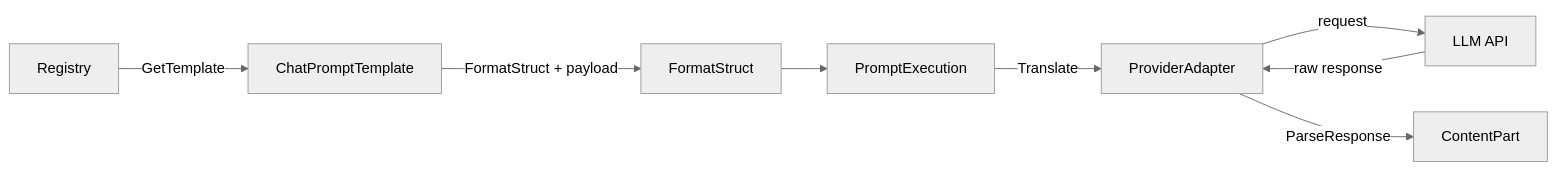
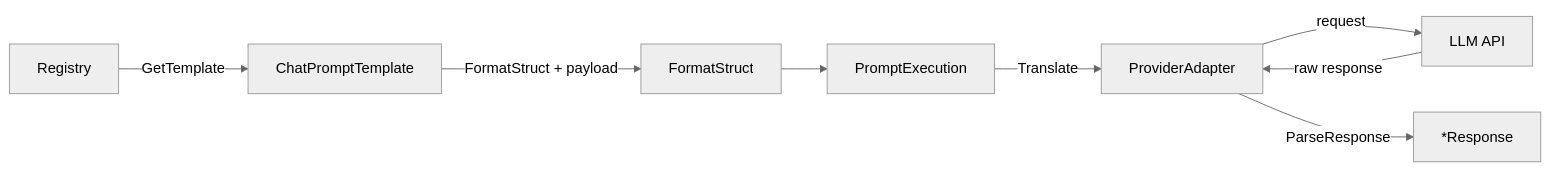
One commit to skosovsky/prompty changed the diagram in README.md. Above: the diagram before and after it, drawn with Mermaid (neutral theme). The commit also changed other lines of this file and 80 other files, not shown here.

````diff
--- a/README.md
+++ b/README.md
@@ -123,17 +100,17 @@
 ```mermaid
 flowchart LR
     Registry[Registry]
     Template[ChatPromptTemplate]
     Format[FormatStruct]
     Exec[PromptExecution]
     Adapter[ProviderAdapter]
     API[LLM API]
 
     Registry -->|GetTemplate| Template
     Template -->|FormatStruct + payload| Format
     Format --> Exec
     Exec -->|Translate| Adapter
     Adapter -->|request| API
     API -->|raw response| Adapter
-    Adapter -->|ParseResponse| ContentParts[ContentPart]
+    Adapter -->|ParseResponse| Response["*Response"]
 ```
````
